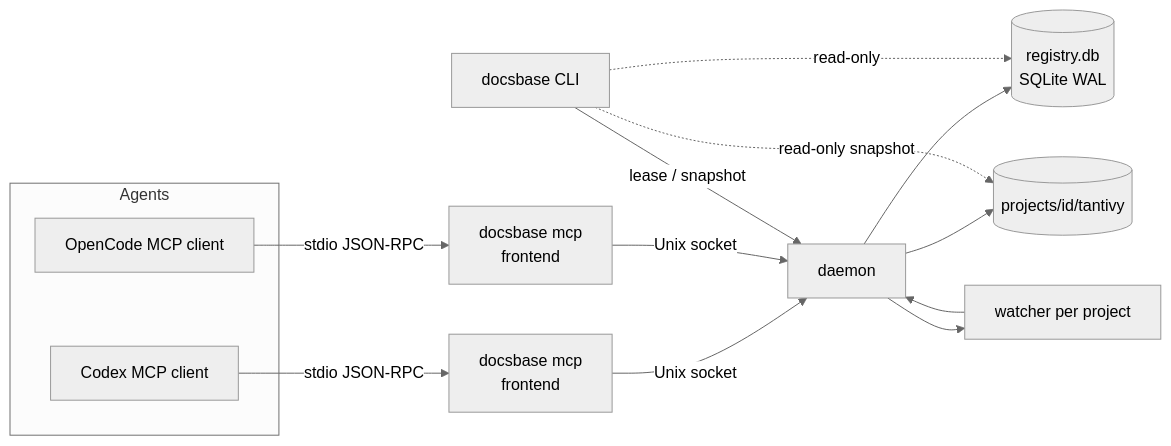
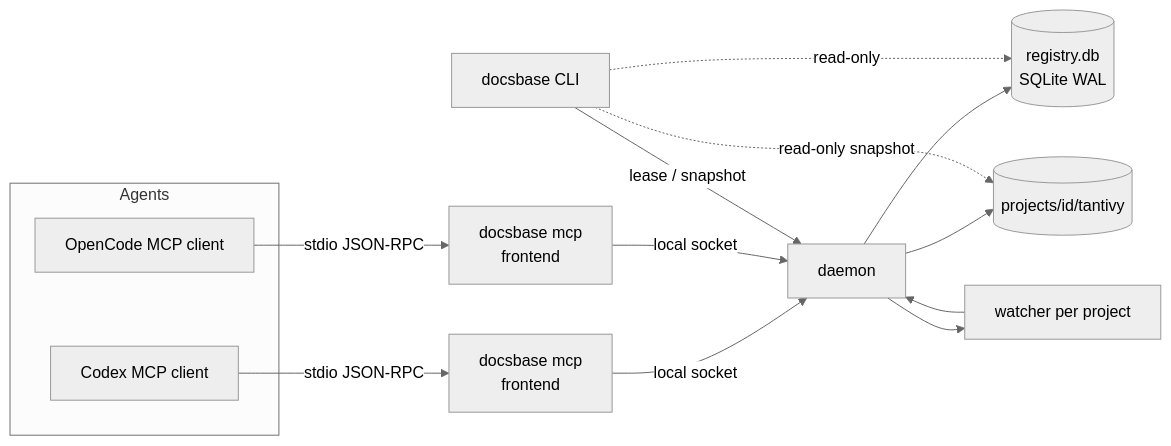
The diagram in docs/specs/docsbase-memory-mcp/design.md (punkhomov/docsbase-memory-mcp), drawn with Mermaid (neutral theme) before and after one commit. The commit also changed other lines of this file and 2 other files, not shown here.

````diff
--- a/docs/specs/docsbase-memory-mcp/design.md
+++ b/docs/specs/docsbase-memory-mcp/design.md
@@ -30,18 +32,18 @@
 ```mermaid
 flowchart LR
     subgraph Agents
         A1[Codex MCP client]
         A2[OpenCode MCP client]
     end
     A1 -->|stdio JSON-RPC| F1[docsbase mcp<br/>frontend]
     A2 -->|stdio JSON-RPC| F2[docsbase mcp<br/>frontend]
-    F1 -->|Unix socket| D[daemon]
-    F2 -->|Unix socket| D
+    F1 -->|local socket| D[daemon]
+    F2 -->|local socket| D
     CLI[docsbase CLI] -->|lease / snapshot| D
     D --> R[(registry.db<br/>SQLite WAL)]
     D --> T[(projects/id/tantivy)]
     D --> W[watcher per project]
     W --> D
     CLI -.->|read-only snapshot| T
     CLI -.->|read-only| R
 ```
````
